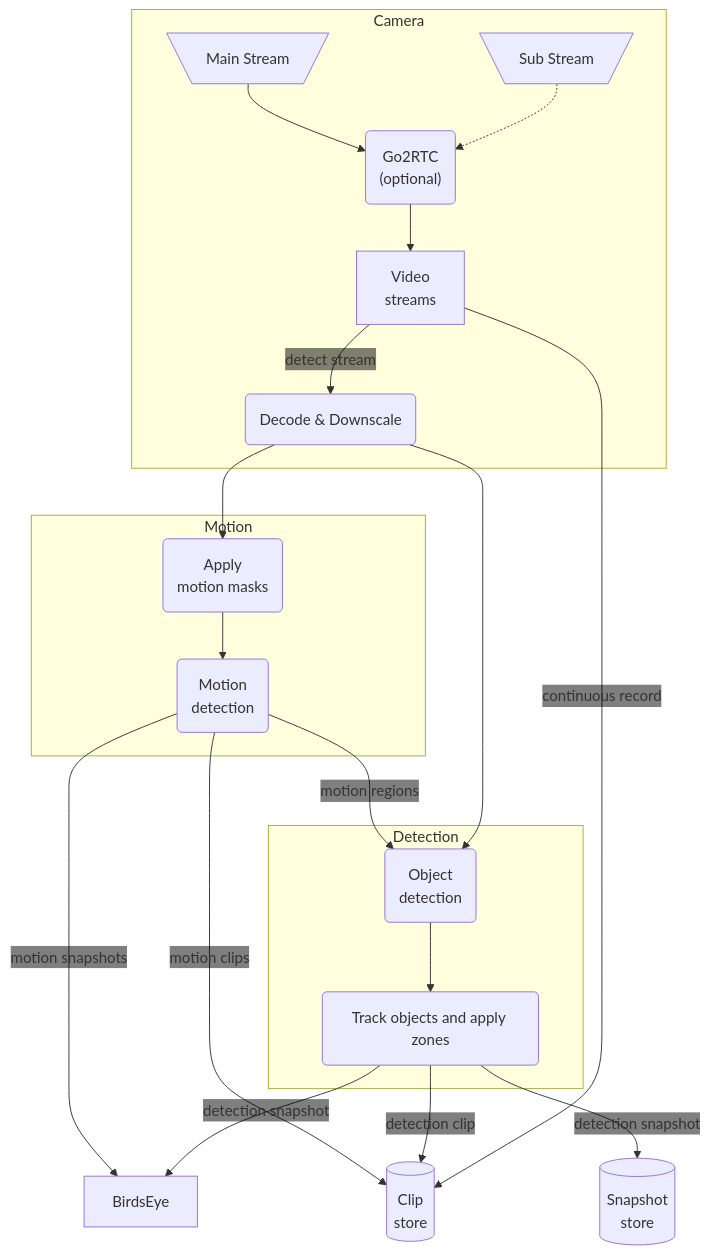
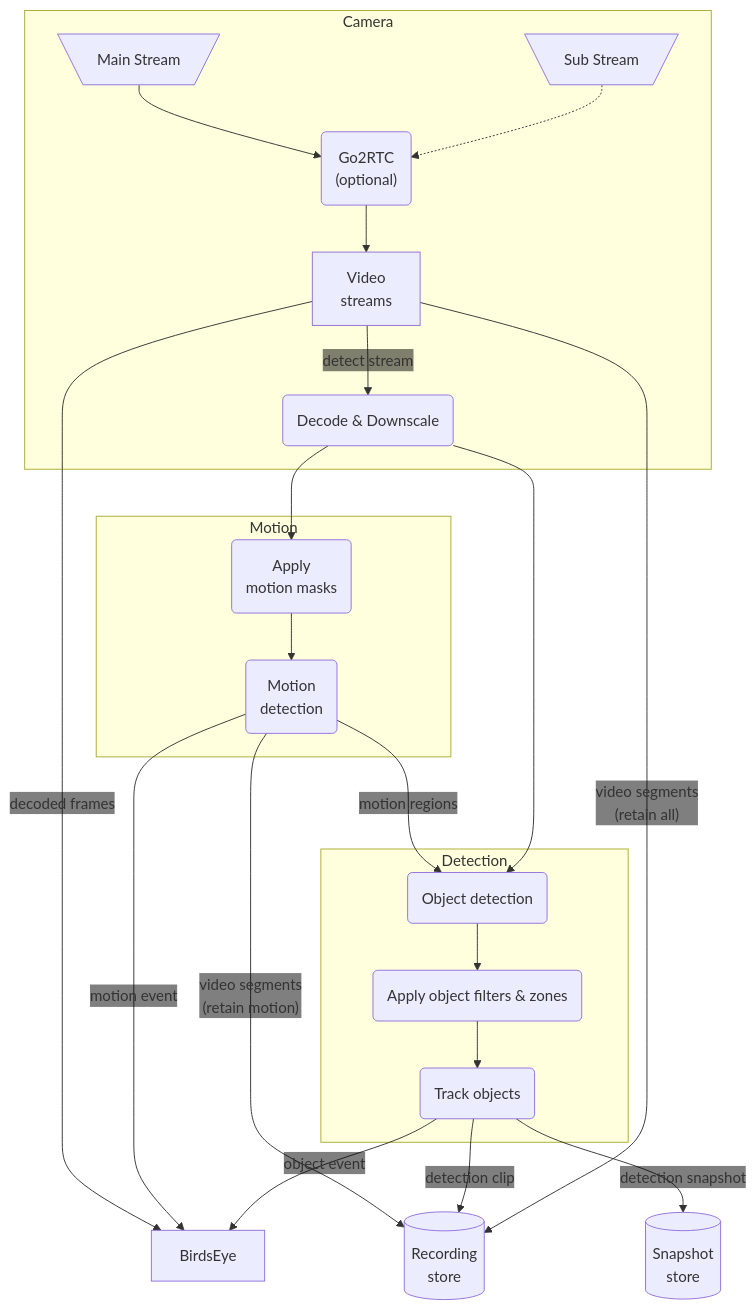
Before and after one commit to blakeblackshear/frigate: the second of 2 diagrams in docs/docs/guides/video_pipeline.md, drawn with Mermaid.

Commit message:
Fixing segment storage and other flows

````diff
--- a/docs/docs/guides/video_pipeline.md
+++ b/docs/docs/guides/video_pipeline.md
@@ -26,31 +26,32 @@
 ```mermaid
 %%{init: {"themeVariables": {"edgeLabelBackground": "transparent"}}}%%
 
 flowchart TD
-    ClipStore[(Clip\nstore)]
+    RecStore[(Recording\nstore)]
     SnapStore[(Snapshot\nstore)]
 
     subgraph Camera
         MainS[\Main Stream\n/] --> Go2RTC
         SubS[\Sub Stream/] -.-> Go2RTC
         Go2RTC("Go2RTC\n(optional)") --> Stream
         Stream[Video\nstreams] --> |detect stream|Decode(Decode & Downscale)
     end
     subgraph Motion
         Decode --> MotionM(Apply\nmotion masks)
         MotionM --> MotionD(Motion\ndetection)
     end
     subgraph Detection
-        MotionD --> |motion regions| ObjectD(Object\ndetection)
+        MotionD --> |motion regions| ObjectD(Object detection)
         Decode --> ObjectD
-        ObjectD --> ObjectZ(Track objects and apply zones)
+        ObjectD --> ObjectFilter(Apply object filters & zones)
+        ObjectFilter --> ObjectZ(Track objects)
     end
-    MotionD --> |motion snapshots|BirdsEye
-    ObjectZ --> |detection snapshot|BirdsEye
+    Stream --> |decoded frames|BirdsEye
+    MotionD --> |motion event|BirdsEye
+    ObjectZ --> |object event|BirdsEye
 
-    MotionD --> |motion clips|ClipStore
-    ObjectZ --> |detection clip|ClipStore
-    Stream -->|continuous record| ClipStore
+    MotionD --> |"video segments\n(retain motion)"|RecStore
+    ObjectZ --> |detection clip|RecStore
+    Stream -->|"video segments\n(retain all)"| RecStore
     ObjectZ --> |detection snapshot|SnapStore
-
 ```
````
